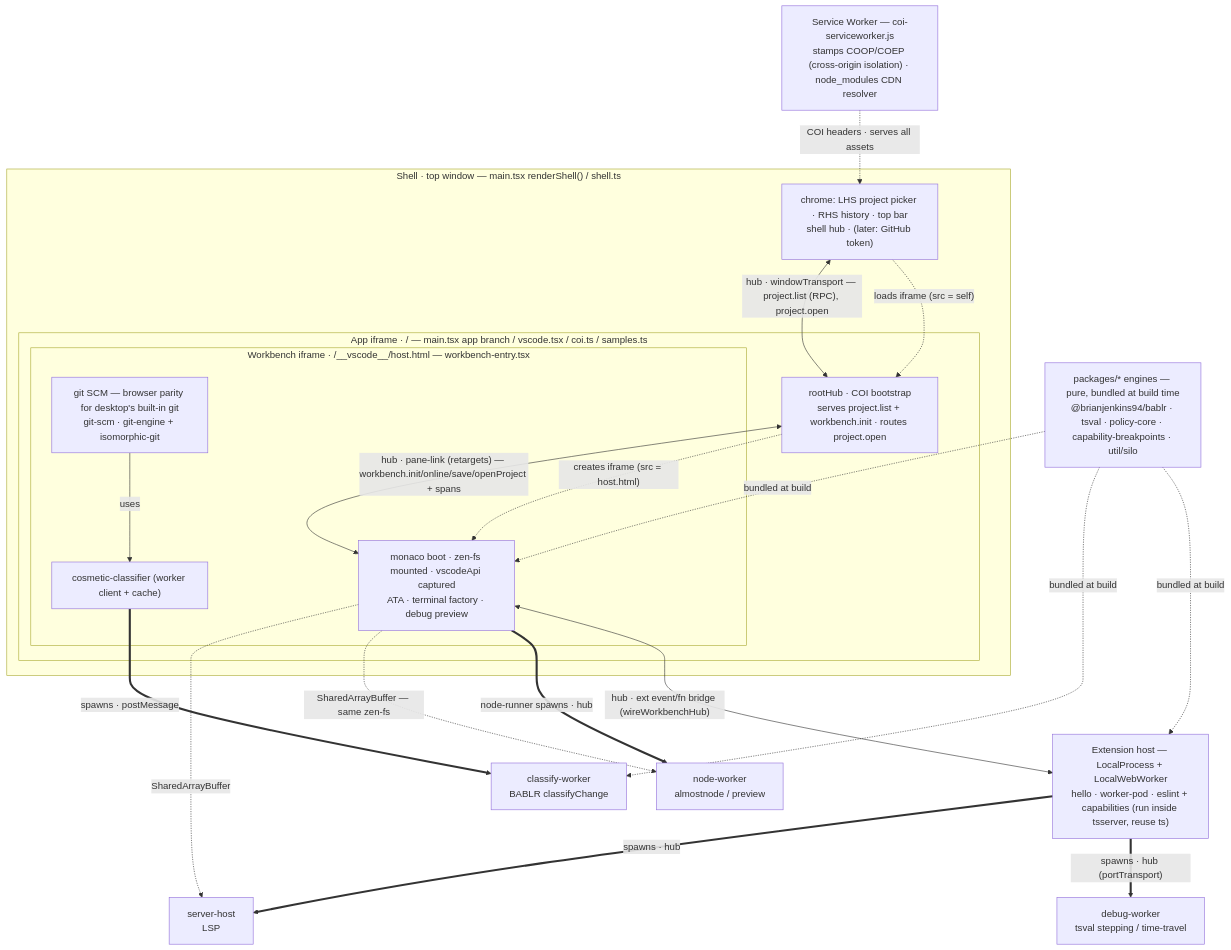
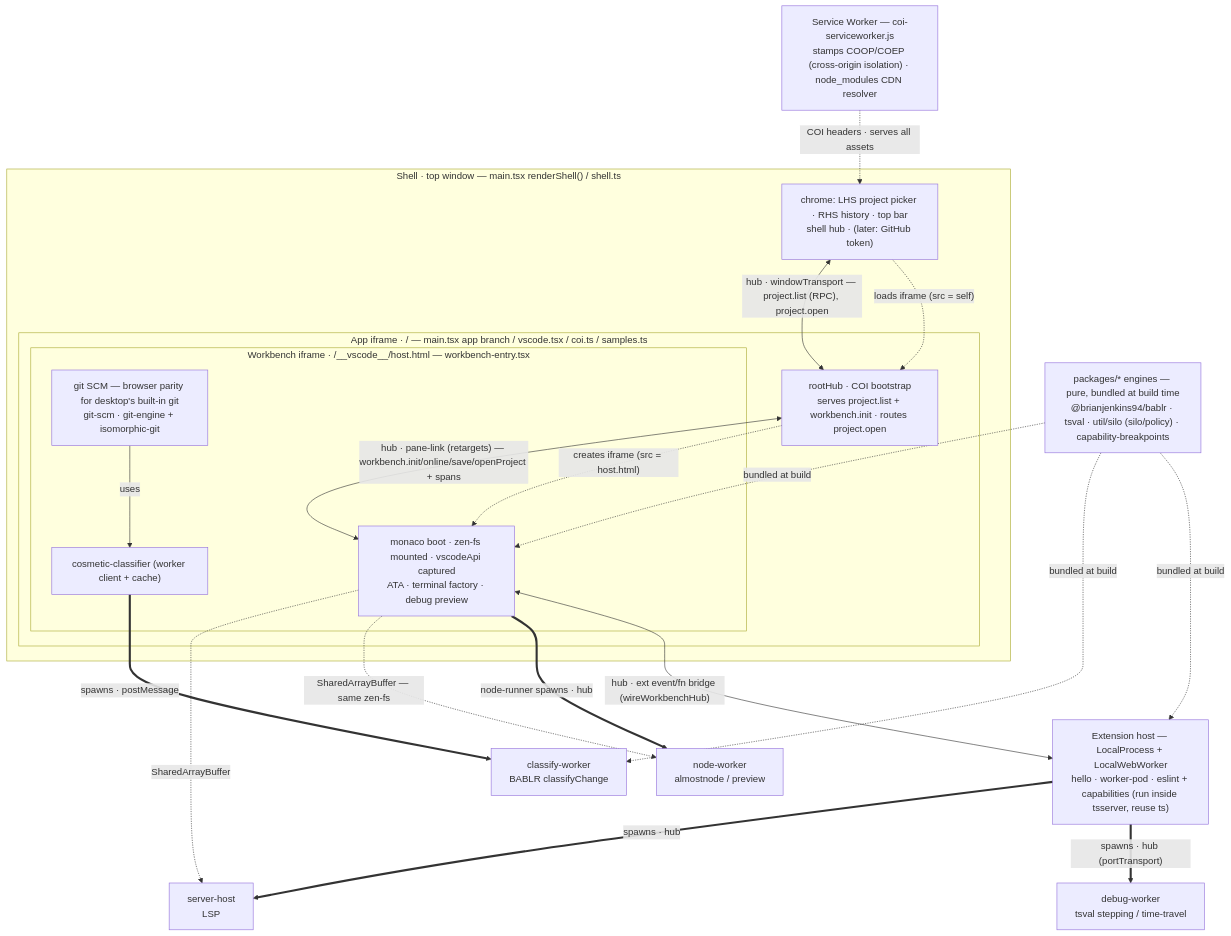
One commit to brianjenkins94/editor changed the diagram in packages/vscode/ARCHITECTURE.md. Above: the diagram before and after it, drawn with Mermaid. The commit also changed other lines of this file and 8 other files, not shown here.

First line of the commit message:
capabilities: converge the forked policy-core onto silo/policy

````diff
--- a/packages/vscode/ARCHITECTURE.md
+++ b/packages/vscode/ARCHITECTURE.md
@@ -66,46 +66,46 @@
 ```mermaid
 flowchart TB
   SW["Service Worker — coi-serviceworker.js<br/>stamps COOP/COEP (cross-origin isolation) · node_modules CDN resolver"]
 
   subgraph SHELL["Shell · top window — main.tsx renderShell() / shell.ts"]
     S["chrome: LHS project picker · RHS history · top bar<br/>shell hub · (later: GitHub token)"]
     subgraph APP["App iframe · / — main.tsx app branch / vscode.tsx / coi.ts / samples.ts"]
       A["rootHub · COI bootstrap<br/>serves project.list + workbench.init · routes project.open"]
       subgraph WB["Workbench iframe · /__vscode__/host.html — workbench-entry.tsx"]
         W["monaco boot · zen-fs mounted · vscodeApi captured<br/>ATA · terminal factory · debug preview"]
         GIT["git SCM — browser parity for desktop's built-in git<br/>git-scm · git-engine + isomorphic-git"]
         COS["cosmetic-classifier (worker client + cache)"]
       end
     end
   end
 
   EXT["Extension host — LocalProcess + LocalWebWorker<br/>hello · worker-pod · eslint + capabilities (run inside tsserver, reuse ts)"]
 
   NW["node-worker<br/>almostnode / preview"]
   DW["debug-worker<br/>tsval stepping / time-travel"]
   SH["server-host<br/>LSP"]
   CW["classify-worker<br/>BABLR classifyChange"]
 
-  PKG["packages/* engines — pure, bundled at build time<br/>@brianjenkins94/bablr · tsval · policy-core · capability-breakpoints · util/silo"]
+  PKG["packages/* engines — pure, bundled at build time<br/>@brianjenkins94/bablr · tsval · util/silo (silo/policy) · capability-breakpoints"]
 
   S -.->|"loads iframe (src = self)"| A
   A -.->|"creates iframe (src = host.html)"| W
 
   S <-->|"hub · windowTransport — project.list (RPC), project.open"| A
   A <-->|"hub · pane-link (retargets) — workbench.init/online/save/openProject + spans"| W
   W <-->|"hub · ext event/fn bridge (wireWorkbenchHub)"| EXT
 
   W ==>|"node-runner spawns · hub"| NW
   EXT ==>|"spawns · hub (portTransport)"| DW
   EXT ==>|"spawns · hub"| SH
   COS ==>|"spawns · postMessage"| CW
   GIT -->|"uses"| COS
 
   W -.->|"SharedArrayBuffer — same zen-fs"| NW
   W -.->|"SharedArrayBuffer"| SH
 
   SW -.->|"COI headers · serves all assets"| S
   PKG -.->|"bundled at build"| W
   PKG -.->|"bundled at build"| EXT
   PKG -.->|"bundled at build"| CW
 ```
````
